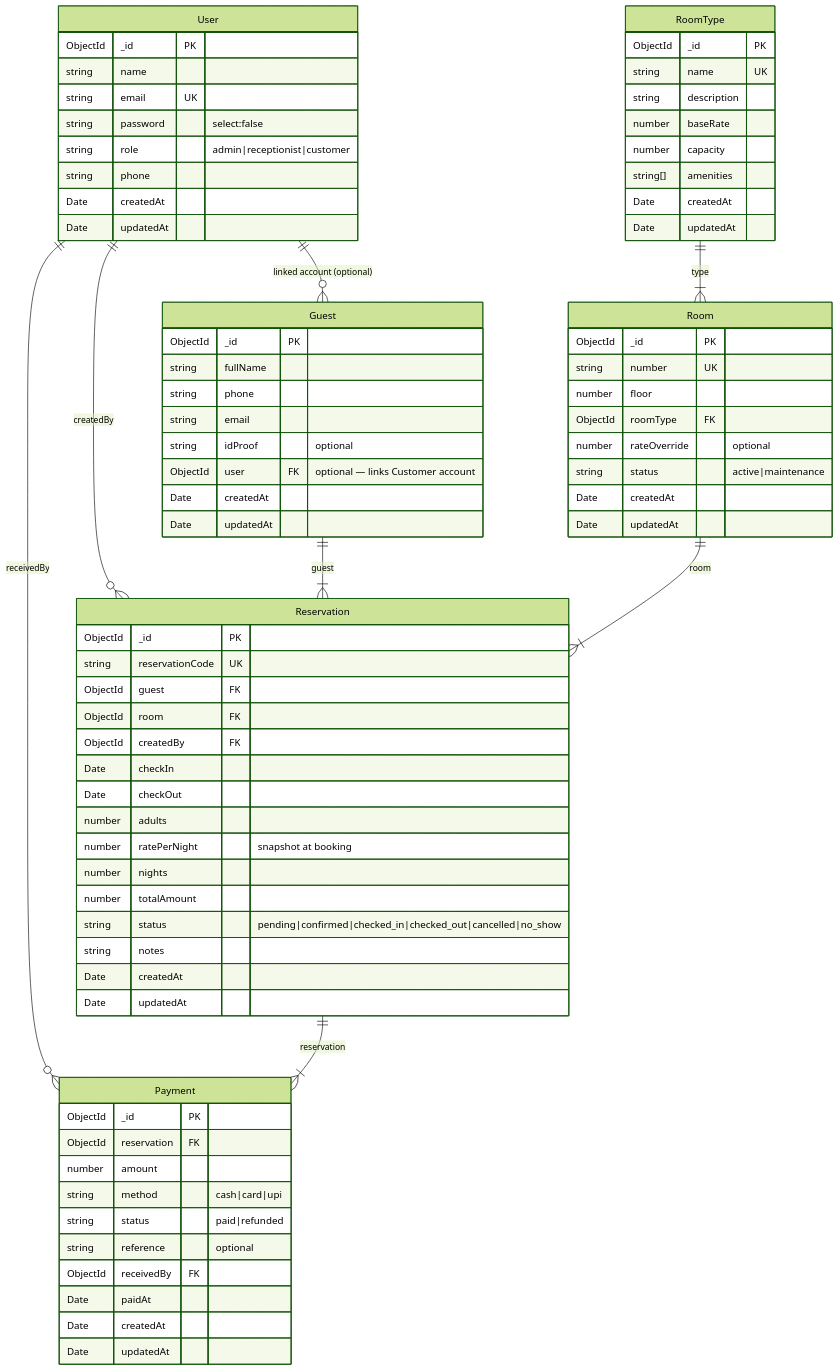
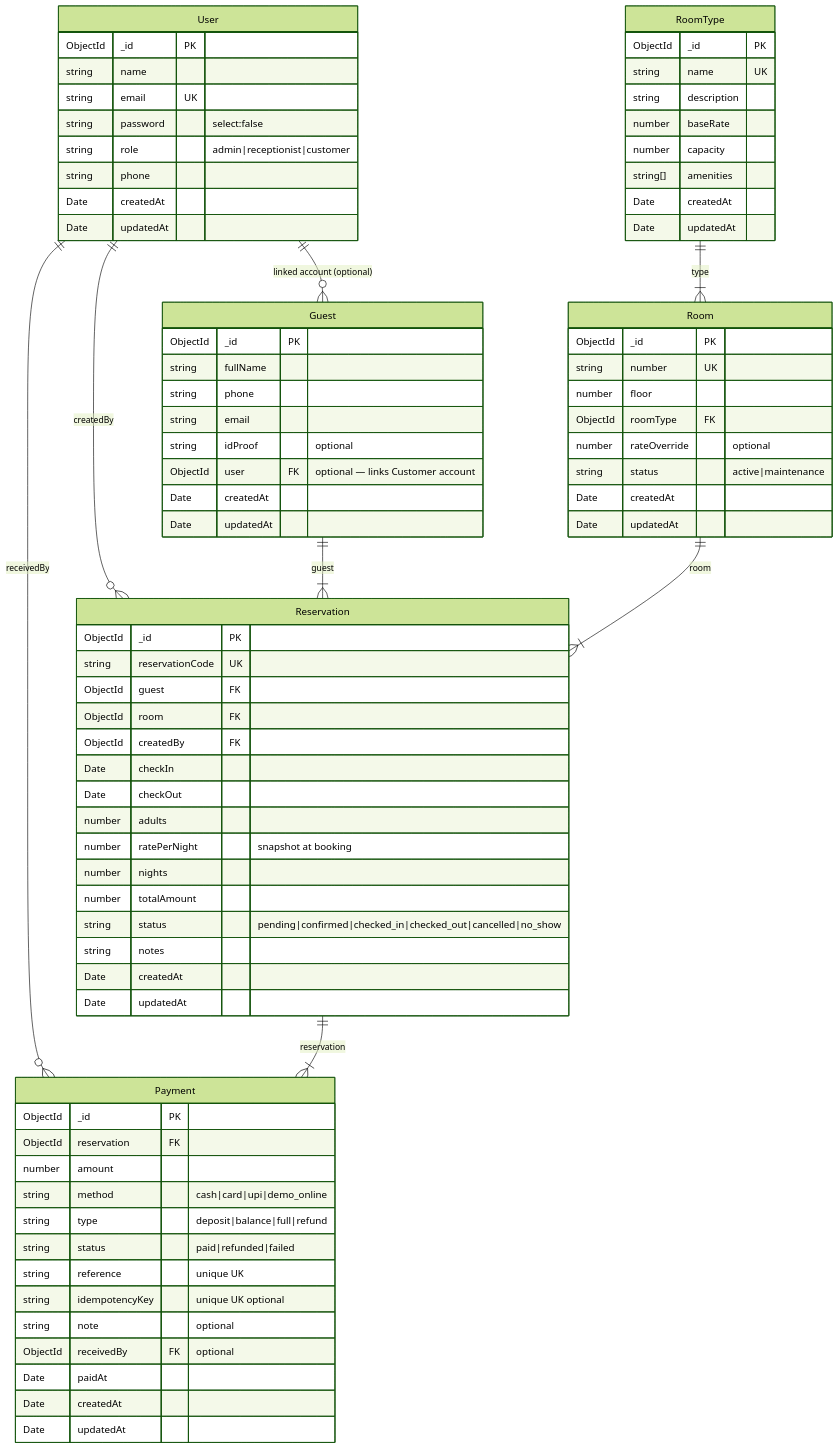
The diagram in docs/er-diagram.md (GIREESH0025/Hotel-Reservation-System), drawn with Mermaid (forest theme) before and after one commit. The commit also changed 8 other files, not shown here.

Commit message:
docs: complete Round 3 audit, payment architecture documentation, and ER diagram

```diff
--- a/docs/er-diagram.md
+++ b/docs/er-diagram.md
@@ -68,10 +68,13 @@
         ObjectId _id PK
         ObjectId reservation FK
         number amount
-        string method "cash|card|upi"
-        string status "paid|refunded"
-        string reference "optional"
-        ObjectId receivedBy FK
+        string method "cash|card|upi|demo_online"
+        string type "deposit|balance|full|refund"
+        string status "paid|refunded|failed"
+        string reference "unique UK"
+        string idempotencyKey "unique UK optional"
+        string note "optional"
+        ObjectId receivedBy FK "optional"
         Date paidAt
         Date createdAt
         Date updatedAt
```
